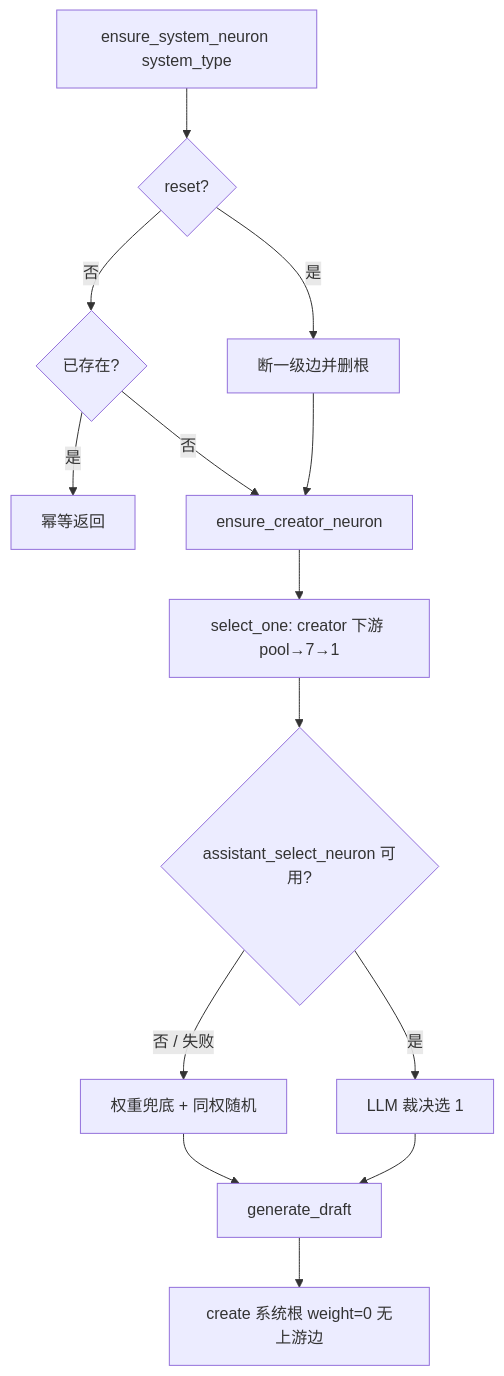
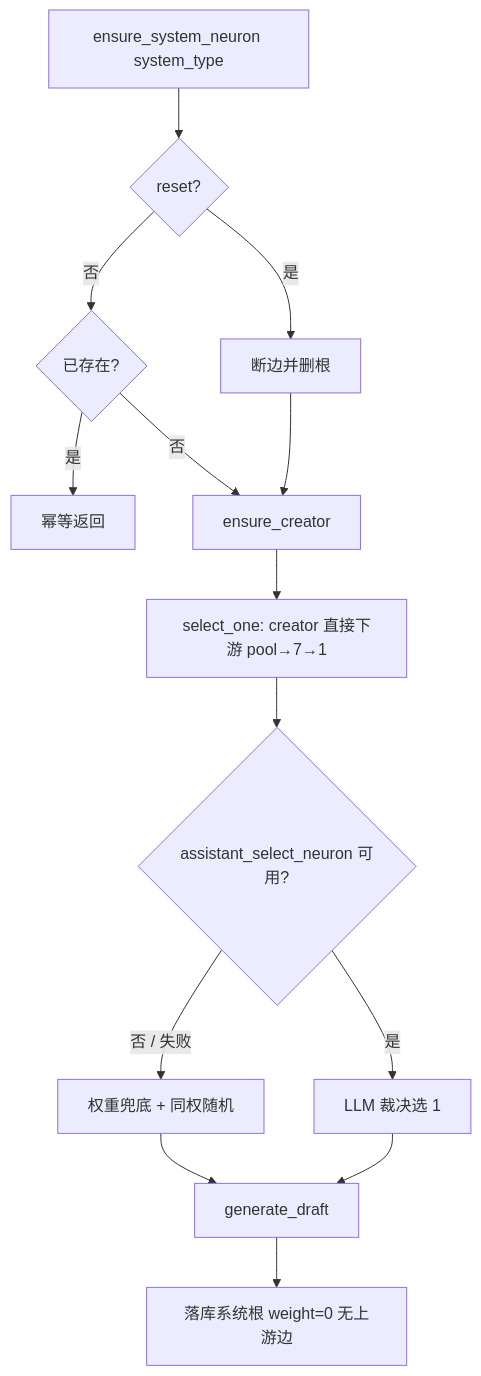
Before and after one commit to luoanb/new-start: the third of 4 diagrams in docs/agent-app/neuron-init.md, drawn with Mermaid. The commit also changed other lines of this file and 12 other files, not shown here.

````diff
--- a/docs/agent-app/neuron-init.md
+++ b/docs/agent-app/neuron-init.md
@@ -72,16 +84,16 @@
 ```mermaid
 flowchart TD
   A[ensure_system_neuron system_type] --> B{reset?}
-  B -->|是| C[断一级边并删根]
+  B -->|是| C[断边并删根]
   B -->|否| D{已存在?}
   D -->|是| E[幂等返回]
-  C --> F[ensure_creator_neuron]
+  C --> F[ensure_creator]
   D -->|否| F
-  F --> G[select_one: creator 下游 pool→7→1]
+  F --> G[select_one: creator 直接下游 pool→7→1]
   G --> H{assistant_select_neuron 可用?}
   H -->|是| I[LLM 裁决选 1]
   H -->|否 / 失败| J[权重兜底 + 同权随机]
   I --> K[generate_draft]
   J --> K
-  K --> L[create 系统根 weight=0 无上游边]
+  K --> L[落库系统根 weight=0 无上游边]
 ```
````
